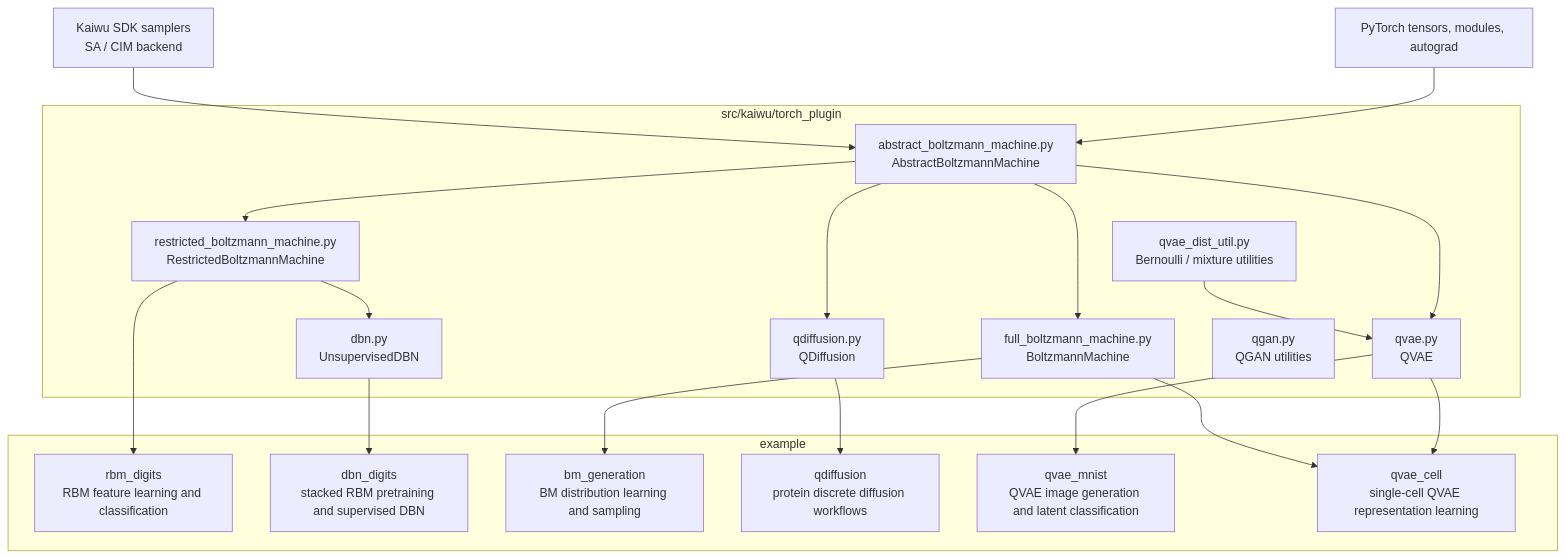
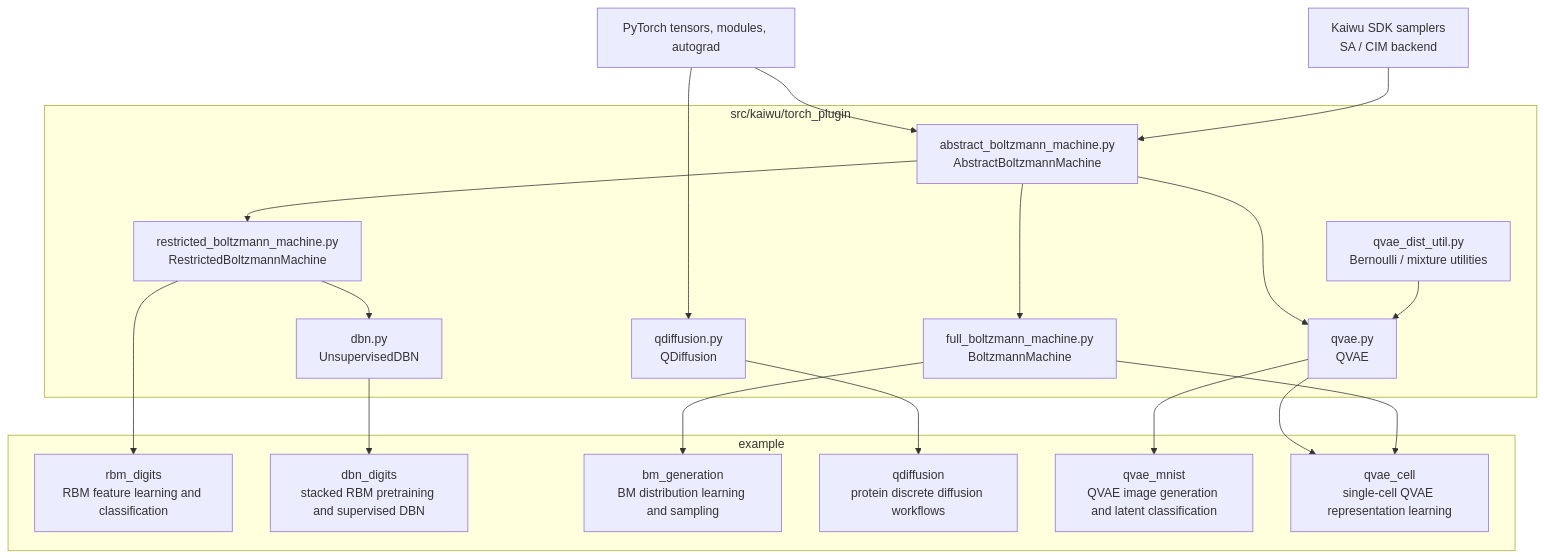
Before and after one commit to qboson/kaiwu-pytorch-plugin: the diagram in README_ZH.md, drawn with Mermaid. The commit also changed other lines of this file and 7 other files, not shown here.

````diff
--- a/README_ZH.md
+++ b/README_ZH.md
@@ -16,42 +15,41 @@
 ```mermaid
 flowchart TD
     torch[PyTorch tensors, modules, autograd]
     kaiwu[Kaiwu SDK samplers<br/>SA / CIM backend]
 
     subgraph plugin["src/kaiwu/torch_plugin"]
         abm["abstract_boltzmann_machine.py<br/>AbstractBoltzmannMachine"]
         bm["full_boltzmann_machine.py<br/>BoltzmannMachine"]
         rbm["restricted_boltzmann_machine.py<br/>RestrictedBoltzmannMachine"]
         qvae["qvae.py<br/>QVAE"]
         qdiff["qdiffusion.py<br/>QDiffusion"]
         dist["qvae_dist_util.py<br/>Bernoulli / mixture utilities"]
         dbn["dbn.py<br/>UnsupervisedDBN"]
-        qgan["qgan.py<br/>QGAN utilities"]
     end
 
     torch --> abm
     kaiwu --> abm
     abm --> bm
     abm --> rbm
     abm --> qvae
-    abm --> qdiff
+    torch --> qdiff
     dist --> qvae
     rbm --> dbn
 
     subgraph examples["example"]
         rbm_digits["rbm_digits<br/>RBM feature learning and classification"]
         dbn_digits["dbn_digits<br/>stacked RBM pretraining and supervised DBN"]
         bm_generation["bm_generation<br/>BM distribution learning and sampling"]
         qdiffusion["qdiffusion<br/>protein discrete diffusion workflows"]
         qvae_mnist["qvae_mnist<br/>QVAE image generation and latent classification"]
         qvae_cell["qvae_cell<br/>single-cell QVAE representation learning"]
     end
 
     rbm --> rbm_digits
     dbn --> dbn_digits
     bm --> bm_generation
     qdiff --> qdiffusion
     qvae --> qvae_mnist
     qvae --> qvae_cell
     bm --> qvae_cell
 ```
````
